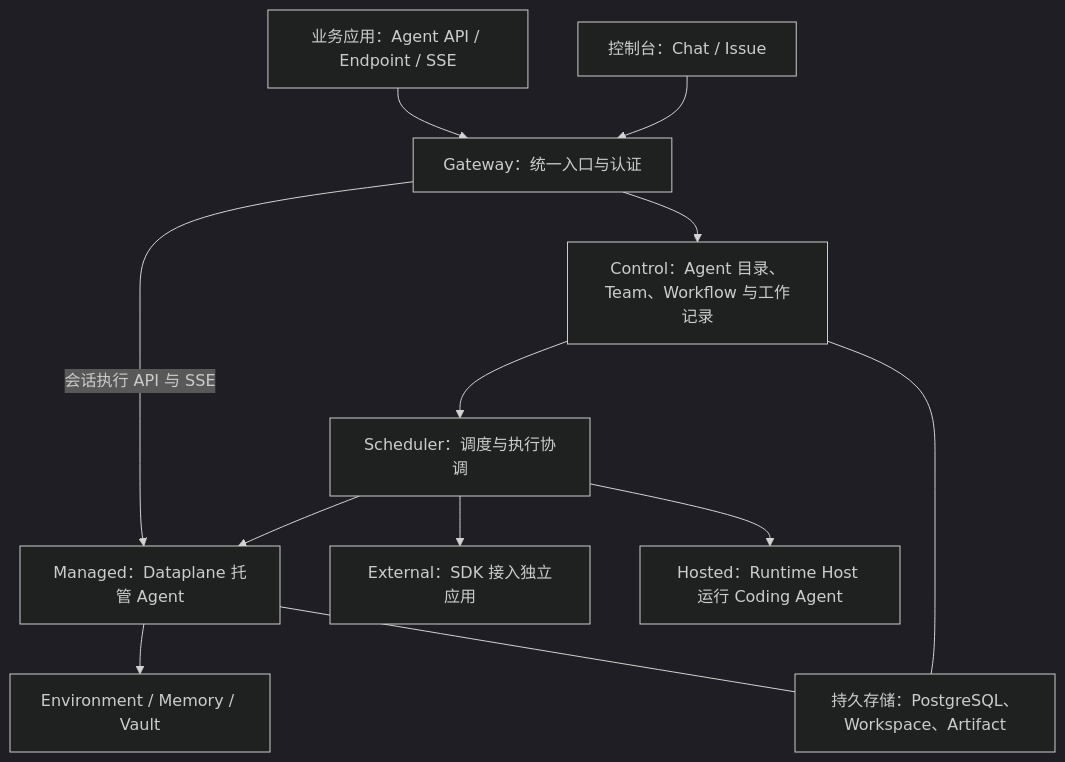
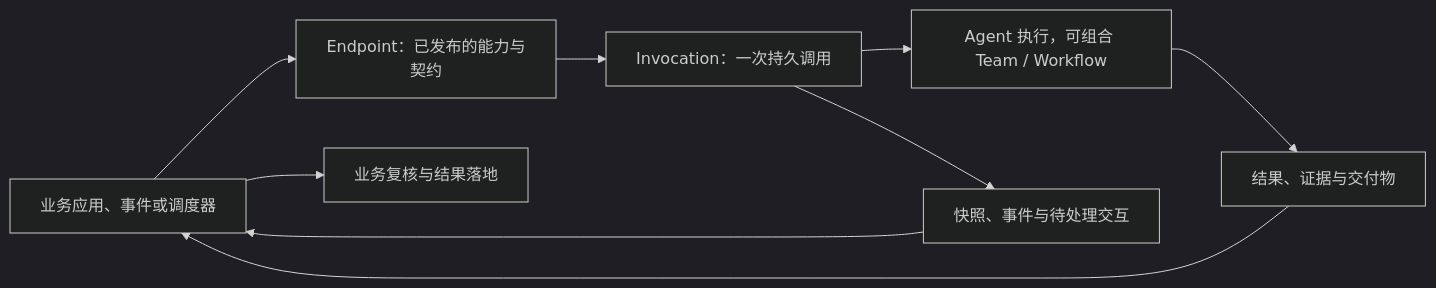
One commit to agentscope-ai/agentscope-java changed the diagram in docs/v2/zh/service/index.md. Above: the diagram before and after it, drawn with Mermaid (dark theme). The commit also changed other lines of this file and 363 other files, not shown here.

````diff
--- a/docs/v2/zh/service/index.md
+++ b/docs/v2/zh/service/index.md
@@ -14,14 +46,11 @@
 ```mermaid
-flowchart TB
-  U["控制台：Chat / Issue"] --> G["Gateway：统一入口与认证"]
-  A["业务应用：Agent API / Endpoint / SSE"] --> G
-  G --> C["Control：Agent 目录、Team、Workflow 与工作记录"]
-  C --> S["Scheduler：调度与执行协调"]
-  S --> M["Managed：Dataplane 托管 Agent"]
-  S --> E["External：SDK 接入独立应用"]
-  S --> H["Hosted：Runtime Host 运行 Coding Agent"]
-  G -->|会话执行 API 与 SSE| M
-  M --> R["Environment / Memory / Vault"]
-  C --- P["持久存储：PostgreSQL、Workspace、Artifact"]
-  M --- P
+flowchart LR
+    B["业务应用、事件或调度器"] --> E["Endpoint：已发布的能力与契约"]
+    E --> I["Invocation：一次持久调用"]
+    I --> X["Agent 执行，可组合 Team / Workflow"]
+    X --> R["结果、证据与交付物"]
+    I --> P["快照、事件与待处理交互"]
+    P --> B
+    R --> B
+    B --> H["业务复核与结果落地"]
 ```
````
